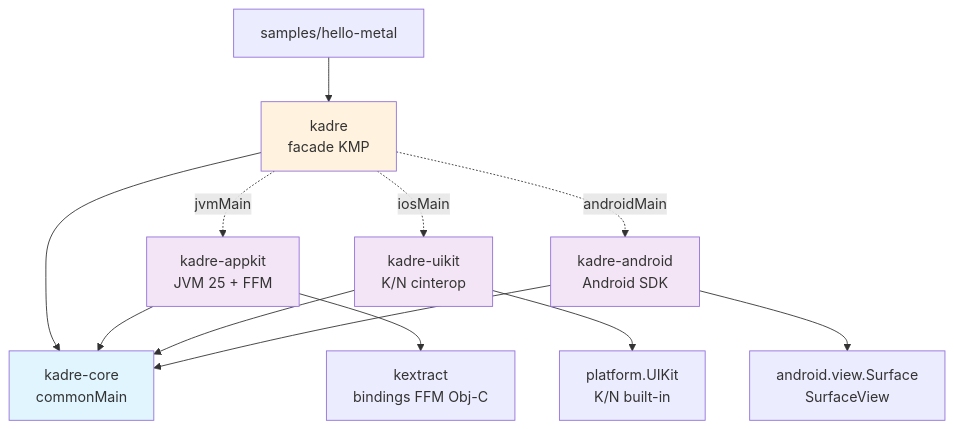
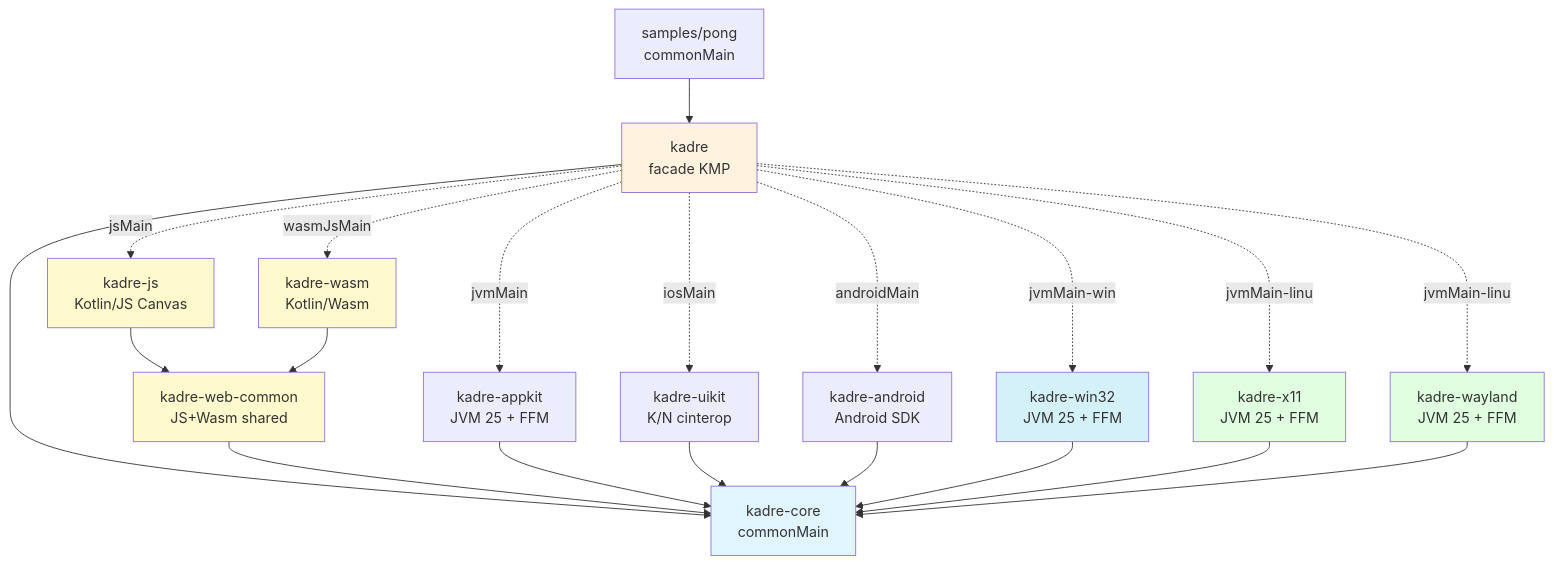
One commit to klang-toolkit/kextract changed the first of 4 diagrams in docs/kadre/specs.fr.md. Above: the diagram before and after it, drawn with Mermaid. The commit also changed other lines of this file and 132 other files, not shown here.

````diff
--- a/docs/kadre/specs.fr.md
+++ b/docs/kadre/specs.fr.md
@@ -27,33 +23,50 @@
 ```mermaid
 graph TD
-    Sample[samples/hello-metal]
+    Sample[samples/pong<br/>commonMain]
     Facade[kadre<br/>facade KMP]
     Core[kadre-core<br/>commonMain]
+
     AppKit[kadre-appkit<br/>JVM 25 + FFM]
     UIKit[kadre-uikit<br/>K/N cinterop]
     Android[kadre-android<br/>Android SDK]
 
-    Kextract[kextract<br/>bindings FFM Obj-C]
-    Cinterop[platform.UIKit<br/>K/N built-in]
-    AndroidSDK[android.view.Surface<br/>SurfaceView]
+    WebCommon[kadre-web-common<br/>JS+Wasm shared]
+    Js[kadre-js<br/>Kotlin/JS Canvas]
+    Wasm[kadre-wasm<br/>Kotlin/Wasm]
+
+    Win32[kadre-win32<br/>JVM 25 + FFM]
+    X11[kadre-x11<br/>JVM 25 + FFM]
+    Wayland[kadre-wayland<br/>JVM 25 + FFM]
 
     Sample --> Facade
     Facade --> Core
+
     Facade -.jvmMain.-> AppKit
     Facade -.iosMain.-> UIKit
     Facade -.androidMain.-> Android
+    Facade -.jsMain.-> Js
+    Facade -.wasmJsMain.-> Wasm
+    Facade -.jvmMain-win.-> Win32
+    Facade -.jvmMain-linux.-> X11
+    Facade -.jvmMain-linux.-> Wayland
+
+    Js --> WebCommon
+    Wasm --> WebCommon
+    WebCommon --> Core
 
     AppKit --> Core
     UIKit --> Core
     Android --> Core
-
-    AppKit --> Kextract
-    UIKit --> Cinterop
-    Android --> AndroidSDK
+    Win32 --> Core
+    X11 --> Core
+    Wayland --> Core
 
     style Core fill:#e1f5ff
     style Facade fill:#fff3e0
-    style AppKit fill:#f3e5f5
-    style UIKit fill:#f3e5f5
-    style Android fill:#f3e5f5
+    style WebCommon fill:#fffacd
+    style Js fill:#fffacd
+    style Wasm fill:#fffacd
+    style Win32 fill:#d4f1f9
+    style X11 fill:#e0ffe0
+    style Wayland fill:#e0ffe0
 ```
````
